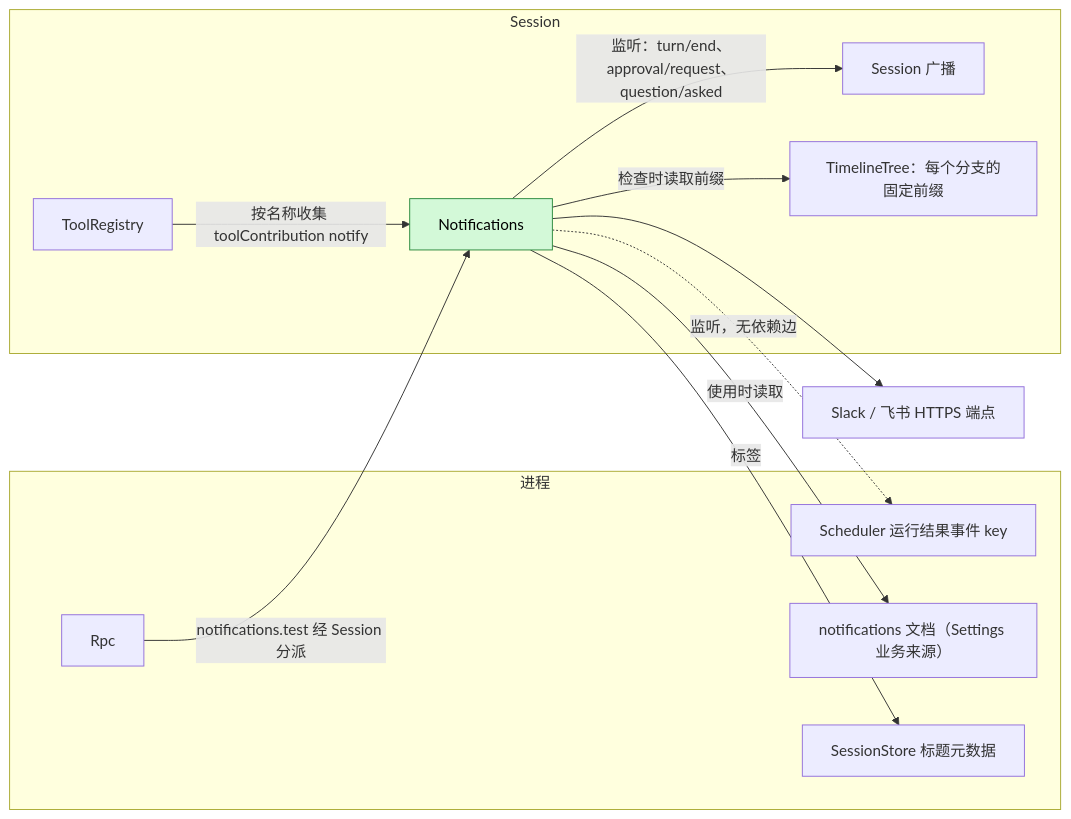
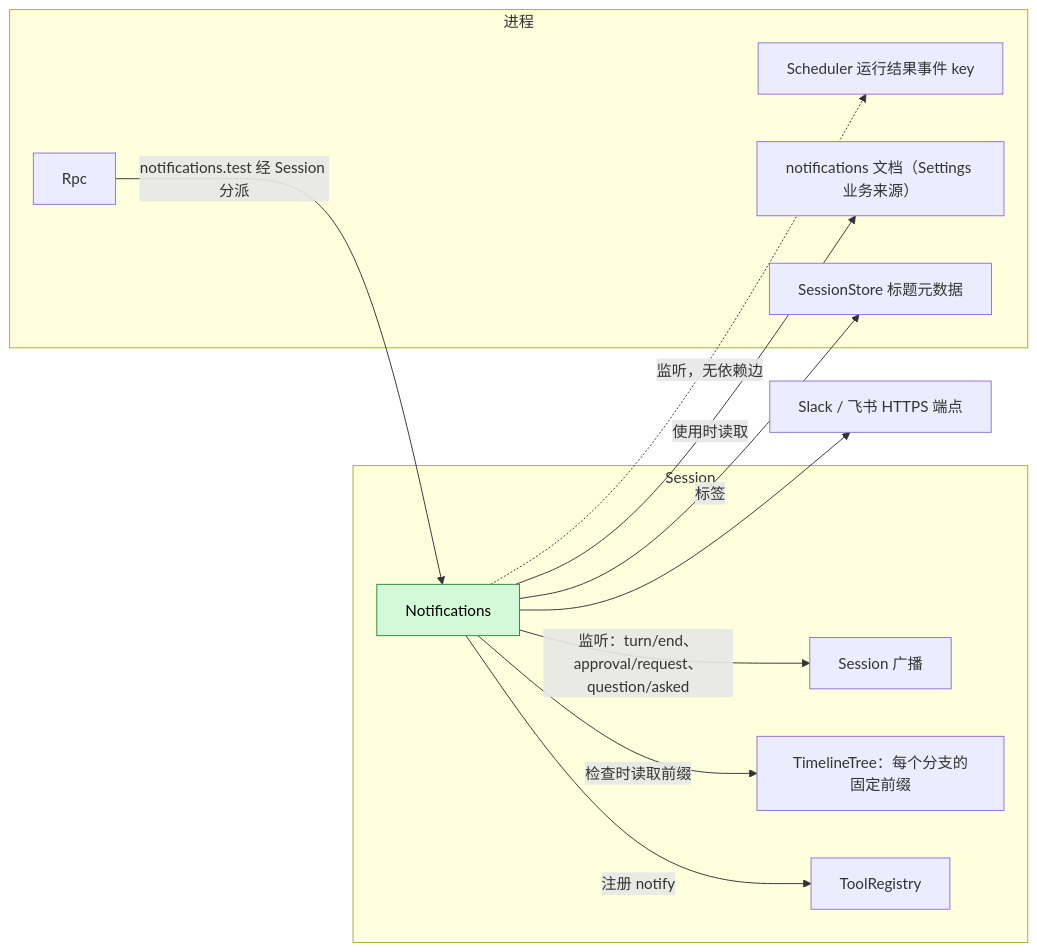
The first of 6 diagrams in docs/zh/design/plugins/Notifications.md (CoutinhoTTS/dim-agent), drawn with Mermaid before and after one commit. The commit also changed other lines of this file and 101 other files, not shown here.

````diff
--- a/docs/zh/design/plugins/Notifications.md
+++ b/docs/zh/design/plugins/Notifications.md
@@ -11,25 +11,25 @@
 ```mermaid
 flowchart LR
   subgraph PROC["进程"]
     RO["Scheduler 运行结果事件 key"]
     Settings["notifications 文档（Settings 业务来源）"]
     META["SessionStore 标题元数据"]
     RPC["Rpc"]
   end
   subgraph SESS["Session"]
     NP["Notifications"]:::new
     SB["Session 广播"]
     TT["TimelineTree：每个分支的固定前缀"]
     TR["ToolRegistry"]
   end
   EXT["Slack / 飞书 HTTPS 端点"]
   NP -->|"监听：turn/end、approval/request、question/asked"| SB
   NP -->|"检查时读取前缀"| TT
-  TR -->|"按名称收集 toolContribution notify"| NP
+  NP -->|"注册 notify"| TR
   NP -.->|"监听，无依赖边"| RO
   NP -->|"使用时读取"| Settings
   NP -->|"标签"| META
   NP --> EXT
   RPC -->|"notifications.test 经 Session 分派"| NP
   classDef new fill:#d3f9d8,stroke:#2b8a3e,color:#000
 ```
````
